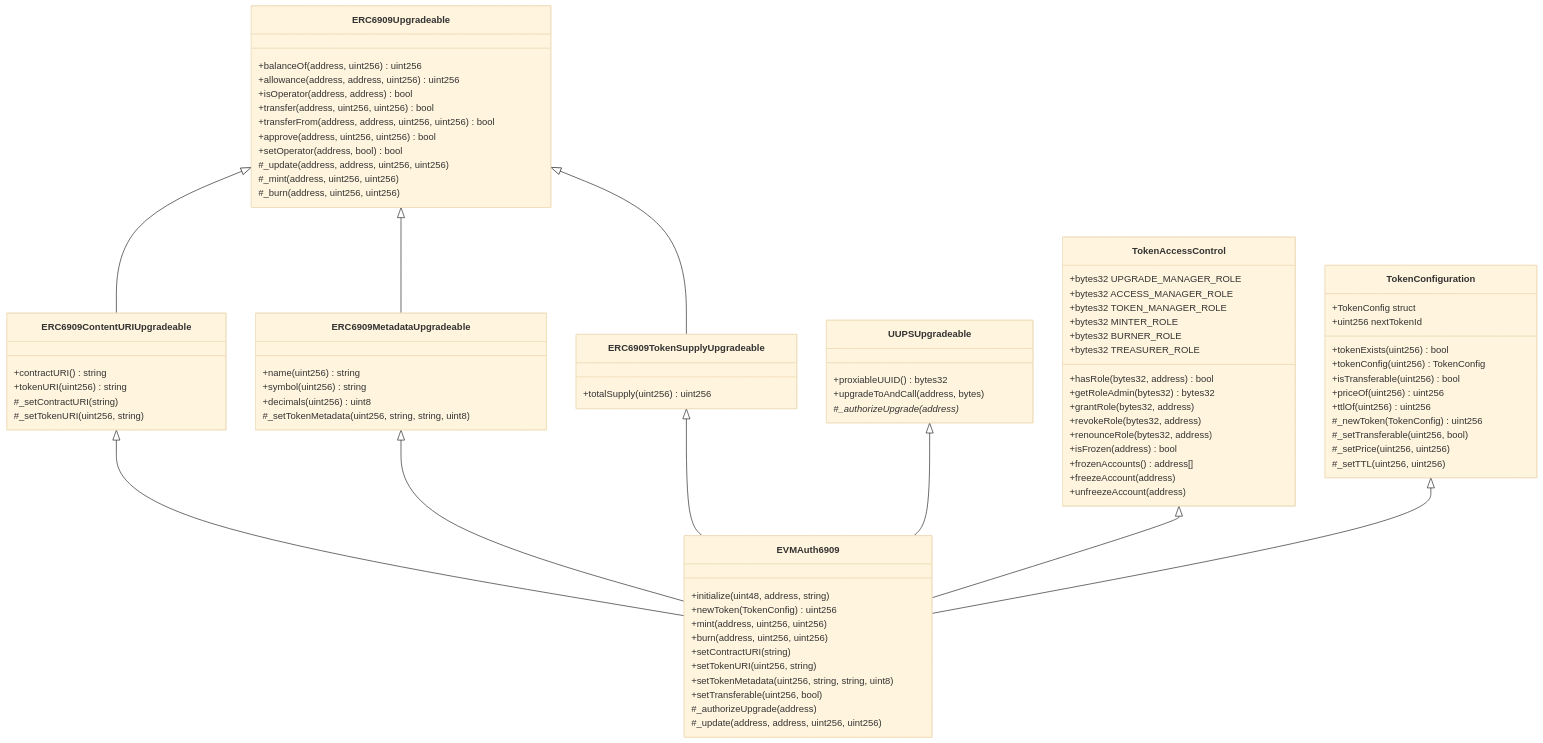
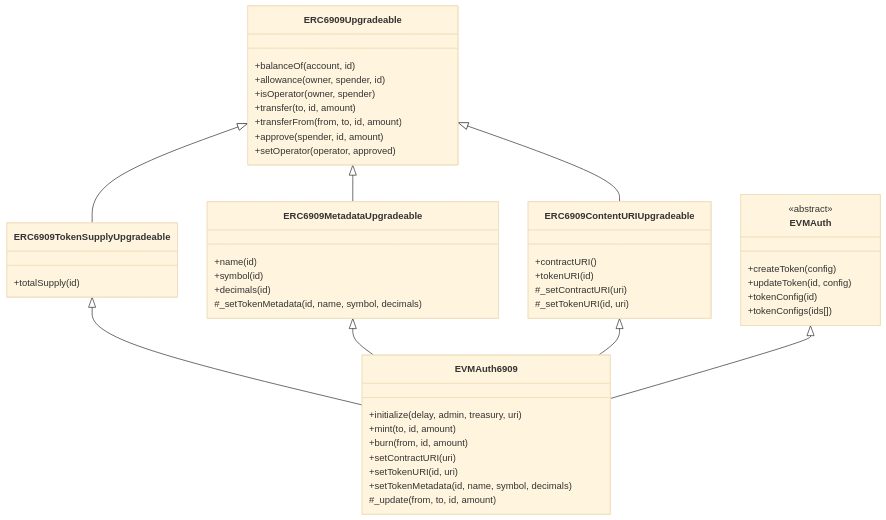
Before and after one commit to glanzz/evmauth-core: the third of 3 diagrams in src/README.md, drawn with Mermaid (base theme). The commit also changed other lines of this file and 2 other files, not shown here.

````diff
--- a/src/README.md
+++ b/src/README.md
@@ -533,87 +154,56 @@
 ```mermaid
 classDiagram
-    class ERC6909Upgradeable{
-        +balanceOf(address, uint256) uint256
-        +allowance(address, address, uint256) uint256
-        +isOperator(address, address) bool
-        +transfer(address, uint256, uint256) bool
-        +transferFrom(address, address, uint256, uint256) bool
-        +approve(address, uint256, uint256) bool
-        +setOperator(address, bool) bool
-        #_update(address, address, uint256, uint256)
-        #_mint(address, uint256, uint256)
-        #_burn(address, uint256, uint256)
-    }
-    class ERC6909ContentURIUpgradeable{
-        +contractURI() string
-        +tokenURI(uint256) string
-        #_setContractURI(string)
-        #_setTokenURI(uint256, string)
-    }
-    class ERC6909MetadataUpgradeable{
-        +name(uint256) string
-        +symbol(uint256) string
-        +decimals(uint256) uint8
-        #_setTokenMetadata(uint256, string, string, uint8)
-    }
-    class ERC6909TokenSupplyUpgradeable{
-        +totalSupply(uint256) uint256
-    }
-    class UUPSUpgradeable{
-        +proxiableUUID() bytes32
-        +upgradeToAndCall(address, bytes)
-        #_authorizeUpgrade(address)*
-    }
-    class TokenAccessControl{
-        +bytes32 UPGRADE_MANAGER_ROLE
-        +bytes32 ACCESS_MANAGER_ROLE
-        +bytes32 TOKEN_MANAGER_ROLE
-        +bytes32 MINTER_ROLE
-        +bytes32 BURNER_ROLE
-        +bytes32 TREASURER_ROLE
-        +hasRole(bytes32, address) bool
-        +getRoleAdmin(bytes32) bytes32
-        +grantRole(bytes32, address)
-        +revokeRole(bytes32, address)
-        +renounceRole(bytes32, address)
-        +isFrozen(address) bool
-        +frozenAccounts() address[]
-        +freezeAccount(address)
-        +unfreezeAccount(address)
-    }
-    class TokenConfiguration{
-        +TokenConfig struct
-        +uint256 nextTokenId
-        +tokenExists(uint256) bool
-        +tokenConfig(uint256) TokenConfig
-        +isTransferable(uint256) bool
-        +priceOf(uint256) uint256
-        +ttlOf(uint256) uint256
-        #_newToken(TokenConfig) uint256
-        #_setTransferable(uint256, bool)
-        #_setPrice(uint256, uint256)
-        #_setTTL(uint256, uint256)
-    }
-    class EVMAuth6909{
-        +initialize(uint48, address, string)
-        +newToken(TokenConfig) uint256
-        +mint(address, uint256, uint256)
-        +burn(address, uint256, uint256)
-        +setContractURI(string)
-        +setTokenURI(uint256, string)
-        +setTokenMetadata(uint256, string, string, uint8)
-        +setTransferable(uint256, bool)
-        #_authorizeUpgrade(address)
-        #_update(address, address, uint256, uint256)
+    class EVMAuth {
+        <<abstract>>
+        +createToken(config)
+        +updateToken(id, config)
+        +tokenConfig(id)
+        +tokenConfigs(ids[])
     }
     
+    class ERC6909Upgradeable {
+        +balanceOf(account, id)
+        +allowance(owner, spender, id)
+        +isOperator(owner, spender)
+        +transfer(to, id, amount)
+        +transferFrom(from, to, id, amount)
+        +approve(spender, id, amount)
+        +setOperator(operator, approved)
+    }
+    
+    class ERC6909TokenSupplyUpgradeable {
+        +totalSupply(id)
+    }
+    
+    class ERC6909MetadataUpgradeable {
+        +name(id)
+        +symbol(id)
+        +decimals(id)
+        #_setTokenMetadata(id, name, symbol, decimals)
+    }
+    
+    class ERC6909ContentURIUpgradeable {
+        +contractURI()
+        +tokenURI(id)
+        #_setContractURI(uri)
+        #_setTokenURI(id, uri)
+    }
+    
+    class EVMAuth6909 {
+        +initialize(delay, admin, treasury, uri)
+        +mint(to, id, amount)
+        +burn(from, id, amount)
+        +setContractURI(uri)
+        +setTokenURI(id, uri)
+        +setTokenMetadata(id, name, symbol, decimals)
+        #_update(from, to, id, amount)
+    }
+    
+    ERC6909Upgradeable <|-- ERC6909TokenSupplyUpgradeable
+    ERC6909Upgradeable <|-- ERC6909MetadataUpgradeable
     ERC6909Upgradeable <|-- ERC6909ContentURIUpgradeable
-    ERC6909Upgradeable <|-- ERC6909MetadataUpgradeable
-    ERC6909Upgradeable <|-- ERC6909TokenSupplyUpgradeable
+    ERC6909TokenSupplyUpgradeable <|-- EVMAuth6909
+    ERC6909MetadataUpgradeable <|-- EVMAuth6909
     ERC6909ContentURIUpgradeable <|-- EVMAuth6909
-    ERC6909MetadataUpgradeable <|-- EVMAuth6909
-    ERC6909TokenSupplyUpgradeable <|-- EVMAuth6909
-    UUPSUpgradeable <|-- EVMAuth6909
-    TokenAccessControl <|-- EVMAuth6909
-    TokenConfiguration <|-- EVMAuth6909
+    EVMAuth <|-- EVMAuth6909
 ```
````
